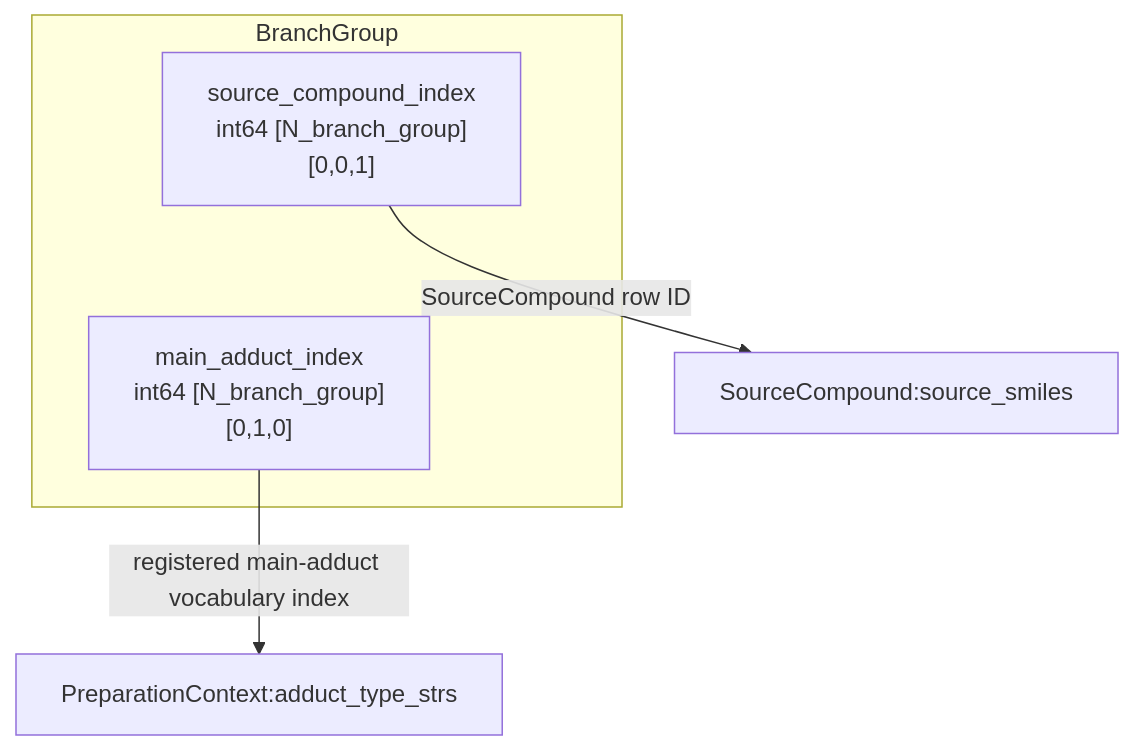
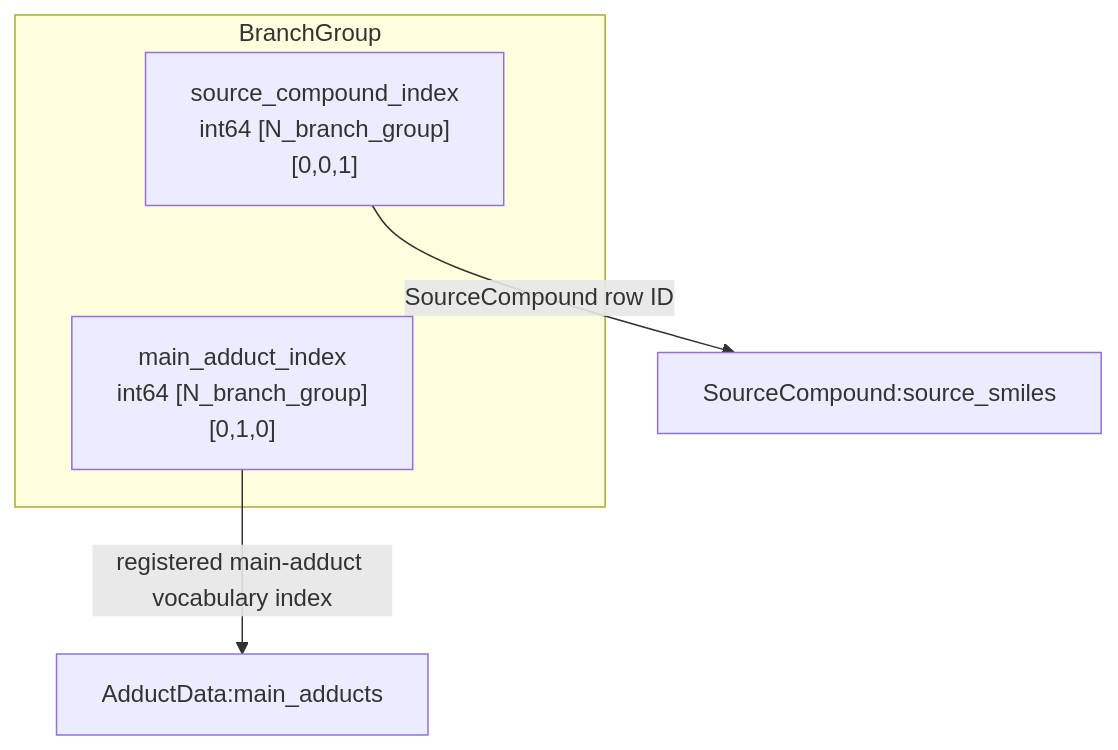
The ninth of 11 diagrams in fredis/ml/input/SCHEMA.md (MotohiroOGAWA/FREDIS), drawn with Mermaid before and after one commit. The commit also changed other lines of this file, not shown here.

Commit message:
refactor: Update schema documentation for AdductData and FormulaData structures

````diff
--- a/fredis/ml/input/SCHEMA.md
+++ b/fredis/ml/input/SCHEMA.md
@@ -517,13 +628,13 @@
 ```mermaid
 flowchart TB
     subgraph BG["BranchGroup"]
         SOURCE["source_compound_index<br/>int64 [N_branch_group]<br/>[0,0,1]"]
         ADDUCT["main_adduct_index<br/>int64 [N_branch_group]<br/>[0,1,0]"]
         %% Invisible link controls vertical placement only.
         SOURCE ~~~ ADDUCT
     end
     SOURCEROW["SourceCompound:source_smiles"]
-    ADDUCTROW["PreparationContext:adduct_type_strs"]
+    ADDUCTROW["AdductData:main_adducts"]
     SOURCE -->|"SourceCompound row ID"| SOURCEROW
     ADDUCT -->|"registered main-adduct vocabulary index"| ADDUCTROW
 ```
````
